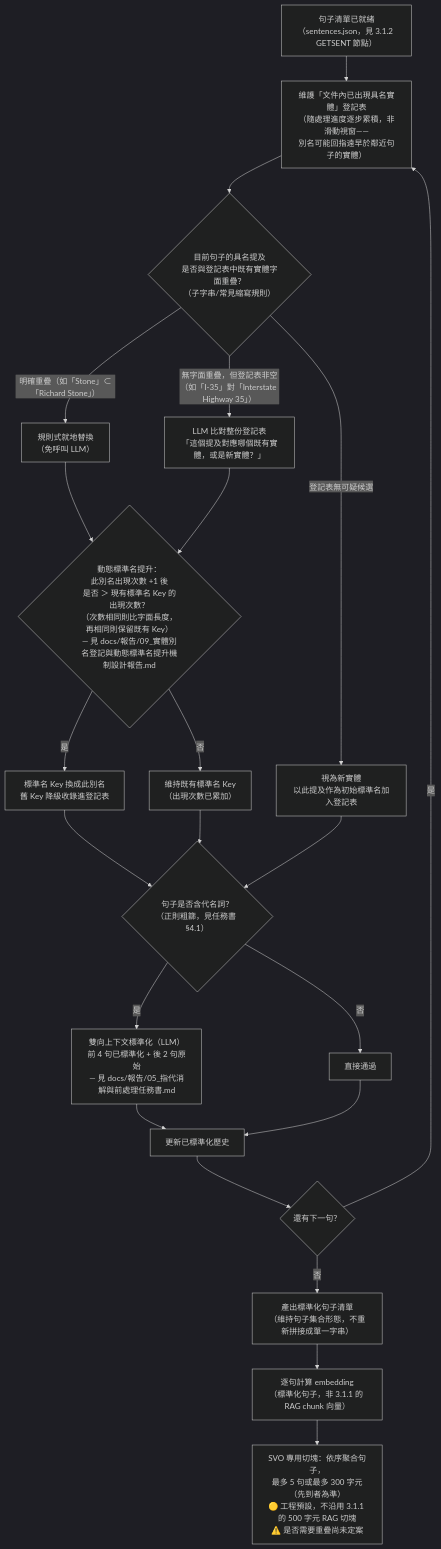
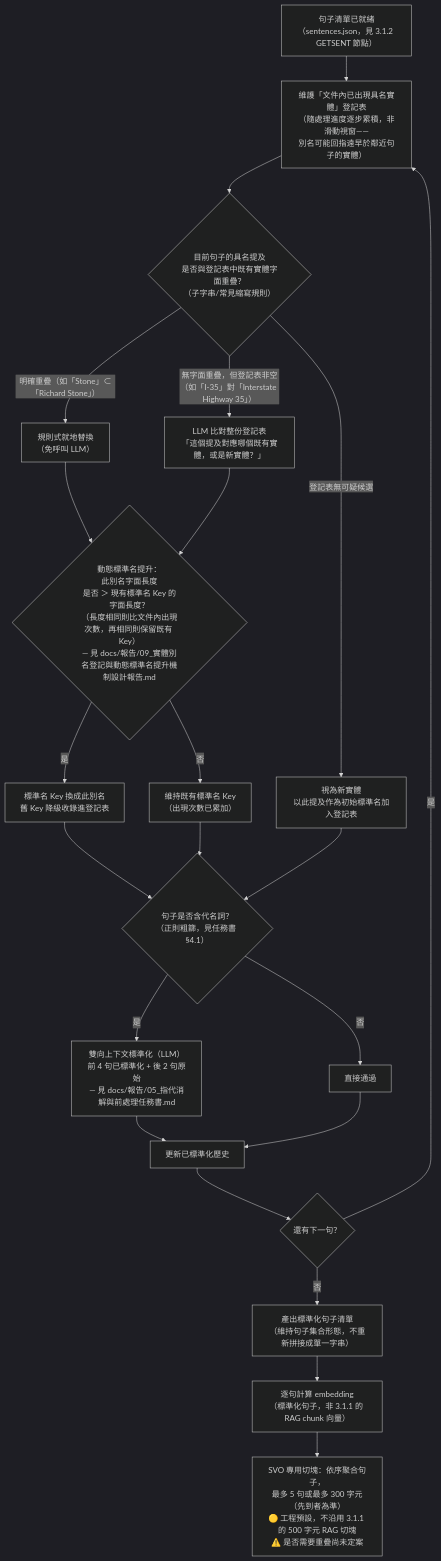
The ninth of 12 diagrams in docs/論文/03_系統設計與方法論.md (Chester930/world-knowledge-graph-rag), drawn with Mermaid (dark theme) before and after one commit. The commit also changed other lines of this file and 6 other files, not shown here.

````diff
--- a/docs/論文/03_系統設計與方法論.md
+++ b/docs/論文/03_系統設計與方法論.md
@@ -330,31 +330,31 @@
 ```mermaid
 flowchart TD
     RAW["句子清單已就緒<br/>（sentences.json，見 3.1.2 GETSENT 節點）"] --> REGISTRY["維護「文件內已出現具名實體」登記表<br/>（隨處理進度逐步累積，非滑動視窗——<br/>別名可能回指遠早於鄰近句子的實體）"]
 
     REGISTRY --> ALIASCHECK{"目前句子的具名提及<br/>是否與登記表中既有實體字面重疊？<br/>（子字串/常見縮寫規則）"}
     ALIASCHECK -->|"明確重疊（如「Stone」⊂「Richard Stone」）"| ALIASRULE["規則式就地替換<br/>（免呼叫 LLM）"]
     ALIASCHECK -->|"無字面重疊，但登記表非空<br/>（如「I-35」對「Interstate Highway 35」）"| ALIASLLM["LLM 比對整份登記表<br/>「這個提及對應哪個既有實體，或是新實體？」"]
     ALIASCHECK -->|"登記表無可疑候選"| NEWENT["視為新實體<br/>以此提及作為初始標準名加入登記表"]
 
     ALIASRULE --> PROMOTE
     ALIASLLM --> PROMOTE
-    PROMOTE{"動態標準名提升：<br/>此別名出現次數 +1 後<br/>是否 ＞ 現有標準名 Key 的出現次數？<br/>（次數相同則比字面長度，再相同則保留既有 Key）<br/>— 見 docs/報告/09_實體別名登記與動態標準名提升機制設計報告.md"}
+    PROMOTE{"動態標準名提升：<br/>此別名字面長度<br/>是否 ＞ 現有標準名 Key 的字面長度？<br/>（長度相同則比文件內出現次數，再相同則保留既有 Key）<br/>— 見 docs/報告/09_實體別名登記與動態標準名提升機制設計報告.md"}
     PROMOTE -->|是| SWAPKEY["標準名 Key 換成此別名<br/>舊 Key 降級收錄進登記表"]
     PROMOTE -->|否| KEEPKEY["維持既有標準名 Key<br/>（出現次數已累加）"]
 
     SWAPKEY --> PRONCHECK
     KEEPKEY --> PRONCHECK
     NEWENT --> PRONCHECK
 
     PRONCHECK{"句子是否含代名詞？<br/>（正則粗篩，見任務書 §4.1）"}
     PRONCHECK -->|是| PRONLLM["雙向上下文標準化（LLM）<br/>前 4 句已標準化 + 後 2 句原始<br/>— 見 docs/報告/05_指代消解與前處理任務書.md"]
     PRONCHECK -->|否| BYPASS["直接通過"]
 
     PRONLLM --> UPDATE["更新已標準化歷史"]
     BYPASS --> UPDATE
     UPDATE --> NEXT2{"還有下一句？"}
     NEXT2 -->|是| REGISTRY
     NEXT2 -->|否| STDSENTS["產出標準化句子清單<br/>（維持句子集合形態，不重新拼接成單一字串）"]
     STDSENTS --> SENTEMBED["逐句計算 embedding<br/>（標準化句子，非 3.1.1 的 RAG chunk 向量）"]
     SENTEMBED --> SVOGROUP["SVO 專用切塊：依序聚合句子，<br/>最多 5 句或最多 300 字元（先到者為準）<br/>🟡 工程預設，不沿用 3.1.1 的 500 字元 RAG 切塊<br/>⚠️ 是否需要重疊尚未定案"]
 ```
````
